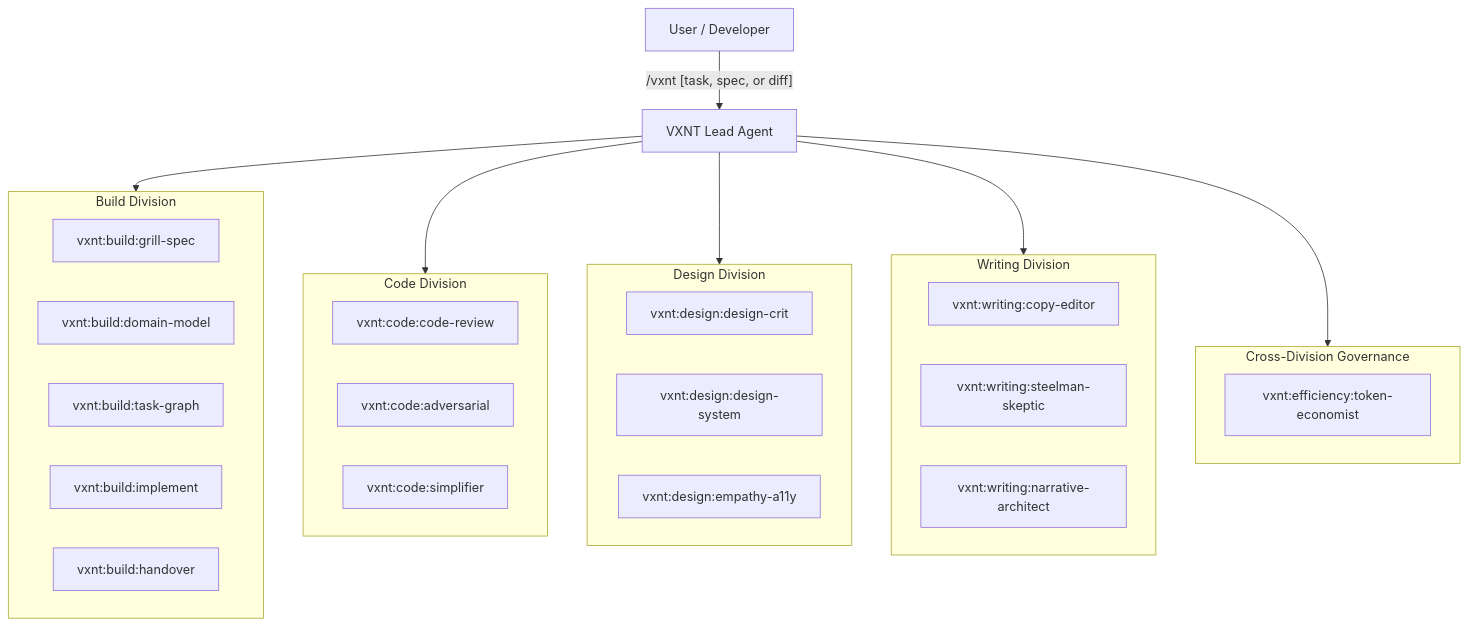
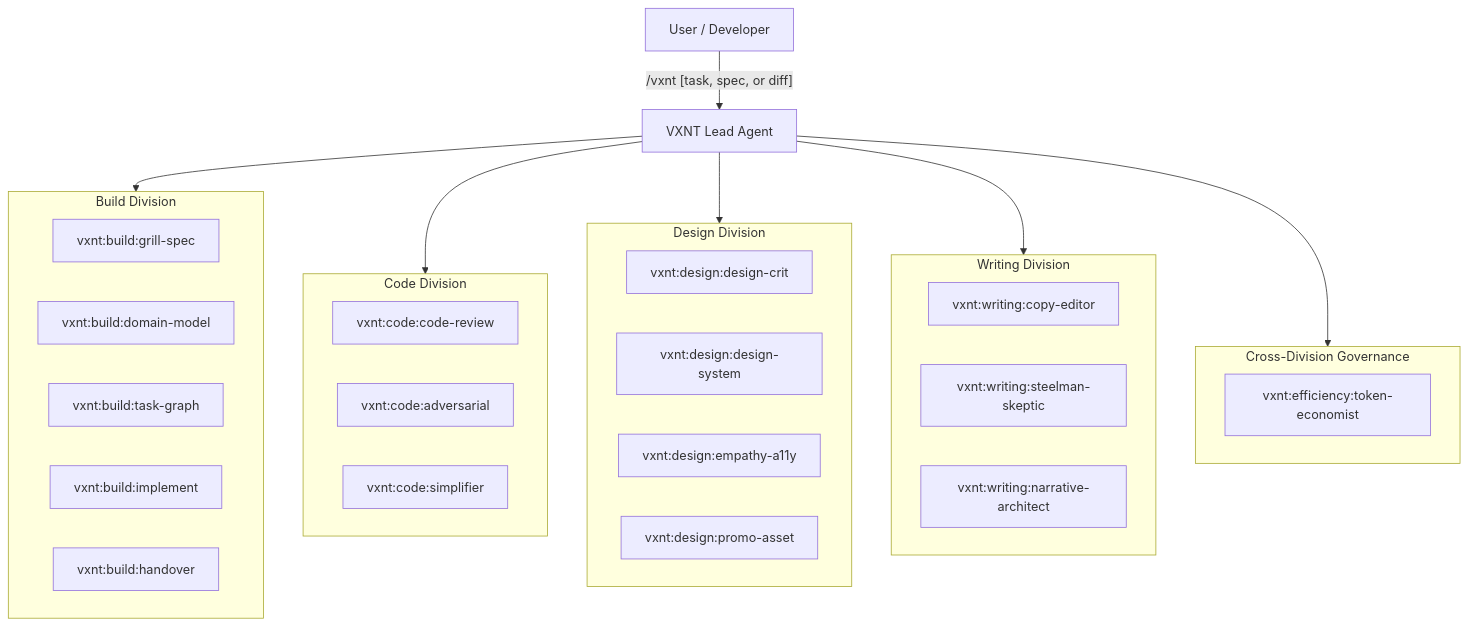
One commit to visualnaut/skills changed the diagram in README.md. Above: the diagram before and after it, drawn with Mermaid. The commit also changed other lines of this file and 4 other files, not shown here.

````diff
--- a/README.md
+++ b/README.md
@@ -17,40 +17,41 @@
 ```mermaid
 flowchart TD
     User["User / Developer"] -->|"/vxnt [task, spec, or diff]"| VXNT["VXNT Lead Agent"]
     
     subgraph BuildDivision ["Build Division"]
         GS["vxnt:build:grill-spec"]
         DM["vxnt:build:domain-model"]
         TG["vxnt:build:task-graph"]
         IMP["vxnt:build:implement"]
         HO["vxnt:build:handover"]
     end
 
     subgraph CodeDivision ["Code Division"]
         CR["vxnt:code:code-review"]
         ADV["vxnt:code:adversarial"]
         SMP["vxnt:code:simplifier"]
     end
     
     subgraph DesignDivision ["Design Division"]
         DC["vxnt:design:design-crit"]
         DS["vxnt:design:design-system"]
         EA["vxnt:design:empathy-a11y"]
+        PA["vxnt:design:promo-asset"]
     end
     
     subgraph WritingDivision ["Writing Division"]
         CE["vxnt:writing:copy-editor"]
         SS["vxnt:writing:steelman-skeptic"]
         NA["vxnt:writing:narrative-architect"]
     end
 
     subgraph Governance ["Cross-Division Governance"]
         TE["vxnt:efficiency:token-economist"]
     end
     
     VXNT --> BuildDivision
     VXNT --> CodeDivision
     VXNT --> DesignDivision
     VXNT --> WritingDivision
     VXNT --> Governance
 ```
````
